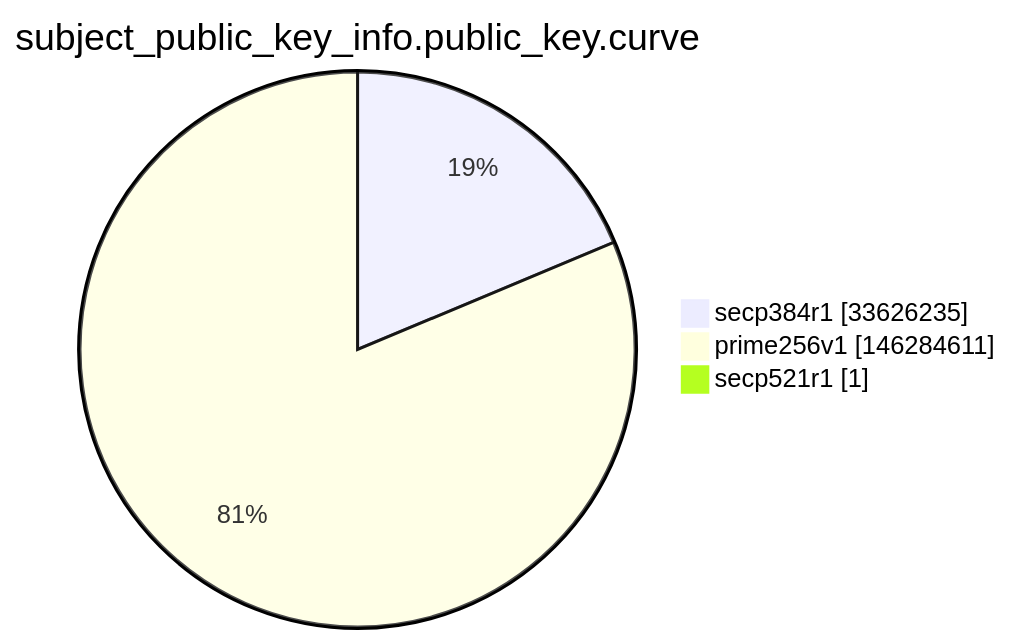
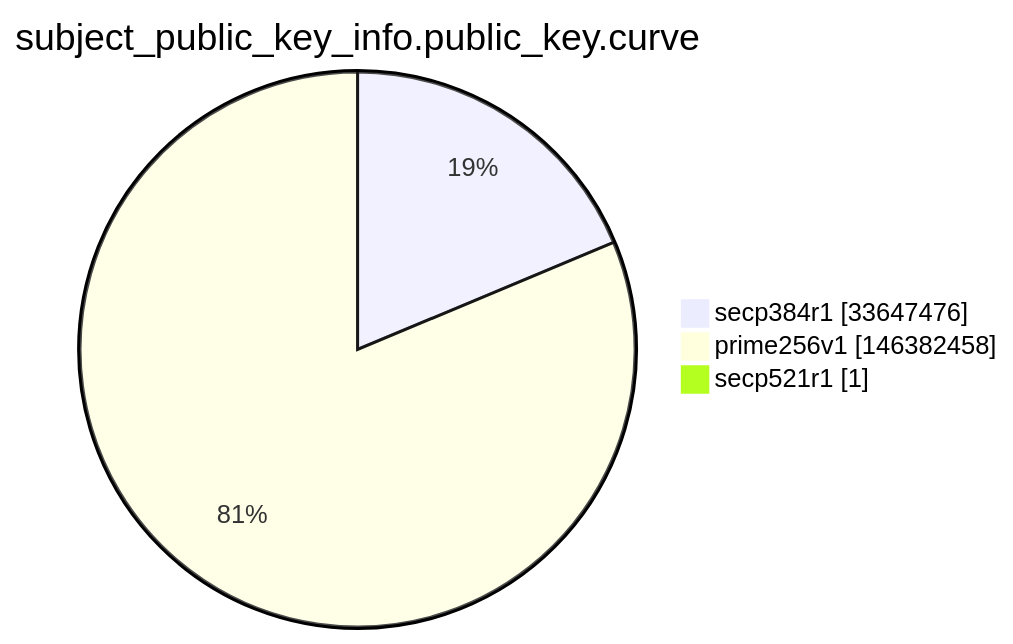
The ninth of 15 diagrams in argon2022/README.md (christiankrug/ctmonitor_visualization), drawn with Mermaid before and after one commit. The commit also changed other lines of this file, not shown here.

````diff
--- a/argon2022/README.md
+++ b/argon2022/README.md
@@ -2764,7 +2764,7 @@
 ```mermaid
 pie showData
 title subject_public_key_info.public_key.curve
-"secp384r1" :33626235
-"prime256v1" :146284611
+"secp384r1" :33647476
+"prime256v1" :146382458
 "secp521r1" :1
 ```
````
